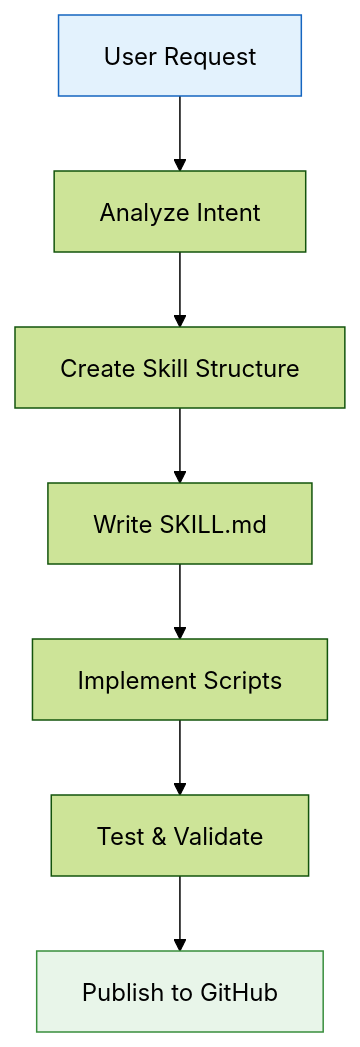
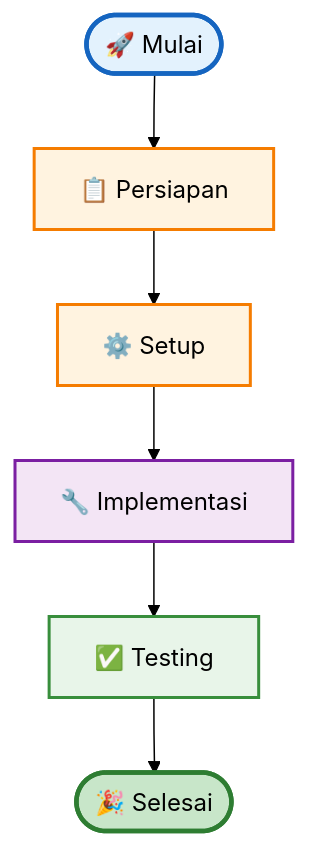
The first of 3 diagrams in docs/auto-generated/creating-openclaw-skills-2026-03-15.md (fanani-radian/openclaw-sumopod), drawn with Mermaid (forest theme) before and after one commit. The commit also changed other lines of this file and 3 other files, not shown here.

Commit message:
auto: Indonesian tutorials + colorful Mermaid diagrams - March 15, 2026

````diff
--- a/docs/auto-generated/creating-openclaw-skills-2026-03-15.md
+++ b/docs/auto-generated/creating-openclaw-skills-2026-03-15.md
@@ -37,12 +31,15 @@
 ```mermaid
 flowchart TD
-    A["User Request"] --> B["Analyze Intent"]
-    B --> C["Create Skill Structure"]
-    C --> D["Write SKILL.md"]
-    D --> E["Implement Scripts"]
-    E --> F["Test & Validate"]
-    F --> G["Publish to GitHub"]
+    A(["🚀 Mulai"]) --> B["📋 Persiapan"]
+    B --> C["⚙️ Setup"]
+    C --> D["🔧 Implementasi"]
+    D --> E["✅ Testing"]
+    E --> F(["🎉 Selesai"])
     
-    style A fill:#e3f2fd,stroke:#1565c0
-    style G fill:#e8f5e9,stroke:#388e3c
+    style A fill:#e3f2fd,stroke:#1565c0,stroke-width:3px
+    style B fill:#fff3e0,stroke:#f57c00,stroke-width:2px
+    style C fill:#fff3e0,stroke:#f57c00,stroke-width:2px
+    style D fill:#f3e5f5,stroke:#7b1fa2,stroke-width:2px
+    style E fill:#e8f5e9,stroke:#388e3c,stroke-width:2px
+    style F fill:#c8e6c9,stroke:#2e7d32,stroke-width:3px
 ```
````
